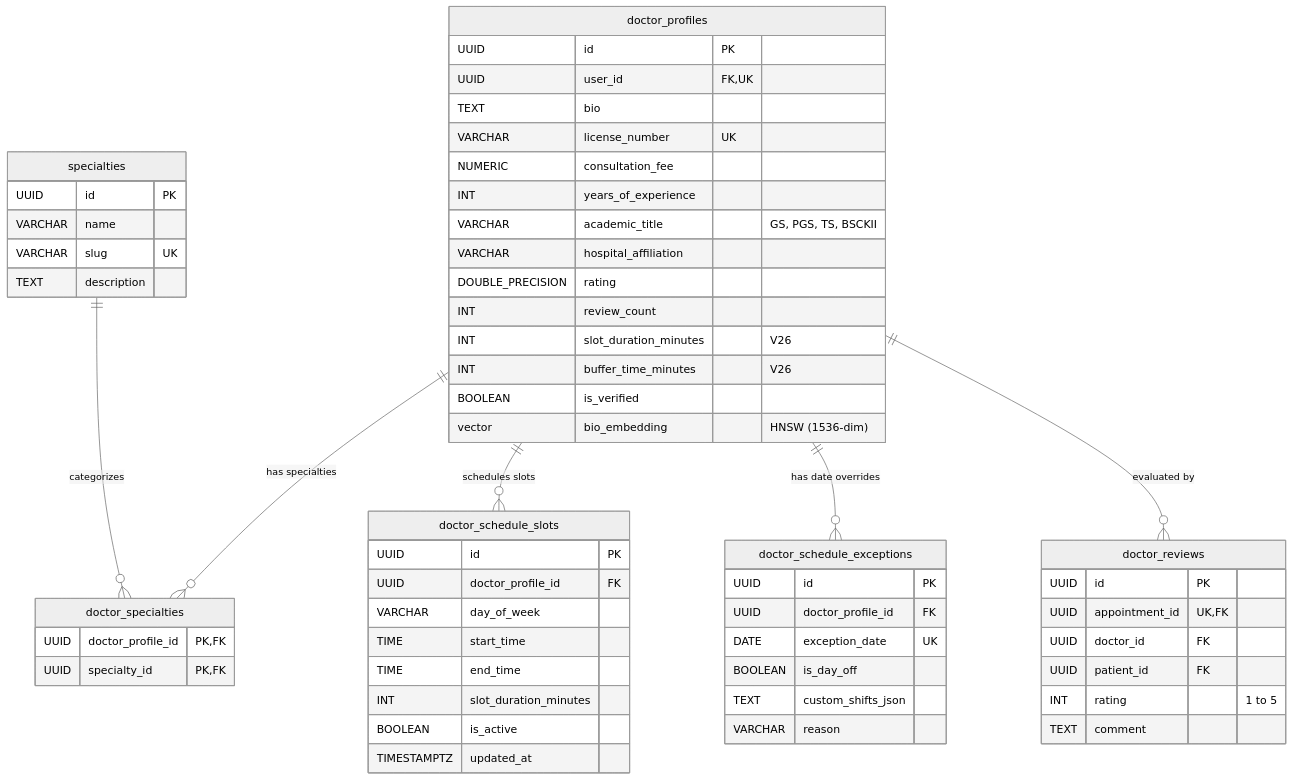
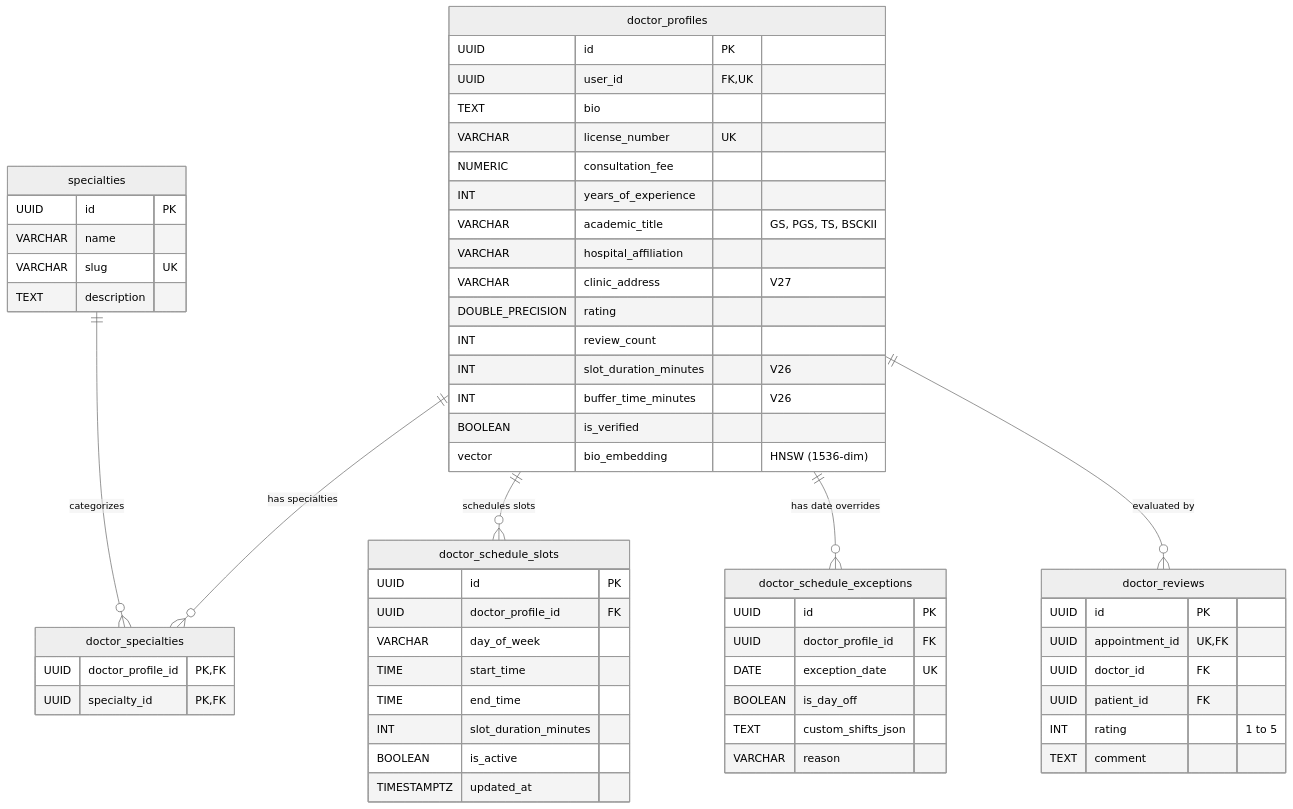
Before and after one commit to vinhhotff/KLTN-medical-assistant: the third of 5 diagrams in docs/DATABASE_DESIGN.md, drawn with Mermaid (neutral theme). The commit also changed other lines of this file and 15 other files, not shown here.

Commit message:
feat(seed): add doctor clinic address support and production reset-and-seed script

````diff
--- a/docs/DATABASE_DESIGN.md
+++ b/docs/DATABASE_DESIGN.md
@@ -119,61 +119,62 @@
 ```mermaid
 erDiagram
     doctor_profiles ||--o{ doctor_specialties : "has specialties"
     specialties ||--o{ doctor_specialties : "categorizes"
     doctor_profiles ||--o{ doctor_schedule_slots : "schedules slots"
     doctor_profiles ||--o{ doctor_schedule_exceptions : "has date overrides"
     doctor_profiles ||--o{ doctor_reviews : "evaluated by"
 
     doctor_profiles {
         UUID id PK
         UUID user_id FK, UK
         TEXT bio
         VARCHAR license_number UK
         NUMERIC consultation_fee
         INT years_of_experience
         VARCHAR academic_title "GS, PGS, TS, BSCKII"
         VARCHAR hospital_affiliation
+        VARCHAR clinic_address "V27"
         DOUBLE_PRECISION rating
         INT review_count
         INT slot_duration_minutes "V26"
         INT buffer_time_minutes "V26"
         BOOLEAN is_verified
         vector bio_embedding "HNSW (1536-dim)"
     }
     specialties {
         UUID id PK
         VARCHAR name
         VARCHAR slug UK
         TEXT description
     }
     doctor_specialties {
         UUID doctor_profile_id PK, FK
         UUID specialty_id PK, FK
     }
     doctor_schedule_slots {
         UUID id PK
         UUID doctor_profile_id FK
         VARCHAR day_of_week
         TIME start_time
         TIME end_time
         INT slot_duration_minutes
         BOOLEAN is_active
         TIMESTAMPTZ updated_at
     }
     doctor_schedule_exceptions {
         UUID id PK
         UUID doctor_profile_id FK
         DATE exception_date UK
         BOOLEAN is_day_off
         TEXT custom_shifts_json
         VARCHAR reason
     }
     doctor_reviews {
         UUID id PK
         UUID appointment_id UK, FK
         UUID doctor_id FK
         UUID patient_id FK
         INT rating "1 to 5"
         TEXT comment
     }
 ```
````
